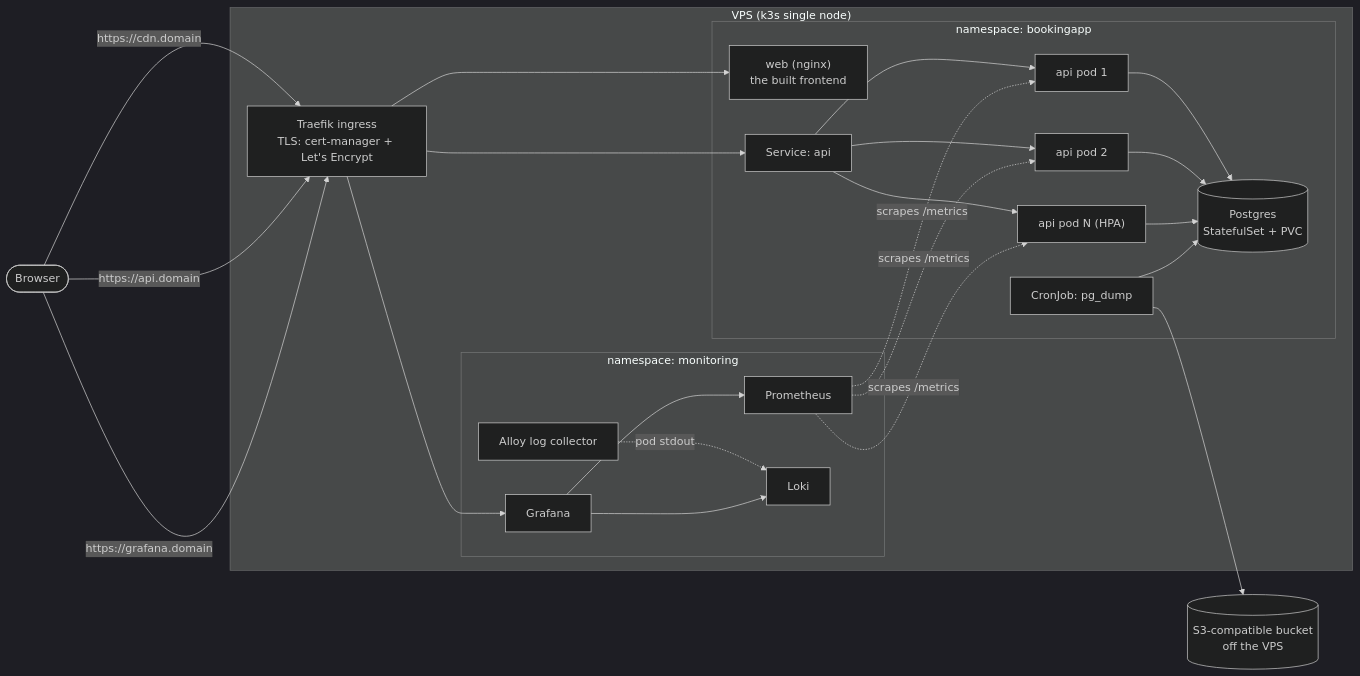
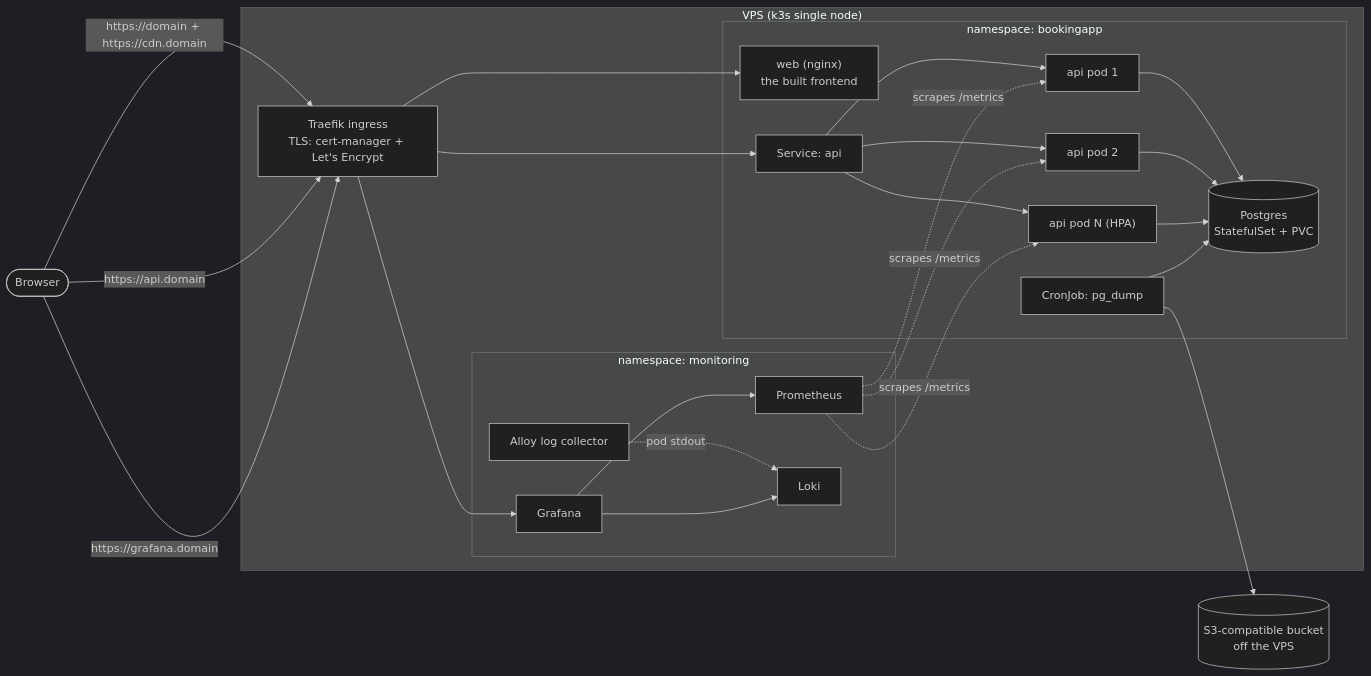
Before and after one commit to saminerezrez/bookingapp: the first of 2 diagrams in ARCHITECTURE.md, drawn with Mermaid (dark theme). The commit also changed other lines of this file and 5 other files, not shown here.

````diff
--- a/ARCHITECTURE.md
+++ b/ARCHITECTURE.md
@@ -41,41 +43,41 @@
 ```mermaid
 flowchart LR
   user([Browser])
 
   subgraph VPS["VPS (k3s single node)"]
     traefik["Traefik ingress<br/>TLS: cert-manager + Let's Encrypt"]
 
     subgraph app["namespace: bookingapp"]
       web["web (nginx)<br/>the built frontend"]
       apisvc["Service: api"]
       api1["api pod 1"]
       api2["api pod 2"]
       apiN["api pod N (HPA)"]
       pg[("Postgres<br/>StatefulSet + PVC")]
       backup["CronJob: pg_dump"]
     end
 
     subgraph mon["namespace: monitoring"]
       prom[Prometheus]
       loki[Loki]
       alloy[Alloy log collector]
       grafana[Grafana]
     end
   end
 
   s3[(S3-compatible bucket<br/>off the VPS)]
 
-  user -- "https://cdn.domain" --> traefik
+  user -- "https://domain + https://cdn.domain" --> traefik
   user -- "https://api.domain" --> traefik
   user -- "https://grafana.domain" --> traefik
   traefik --> web
   traefik --> apisvc
   traefik --> grafana
   apisvc --> api1 & api2 & apiN
   api1 & api2 & apiN --> pg
   backup --> pg
   backup --> s3
   prom -. scrapes /metrics .-> api1 & api2 & apiN
   alloy -. pod stdout .-> loki
   grafana --> prom & loki
 ```
````
